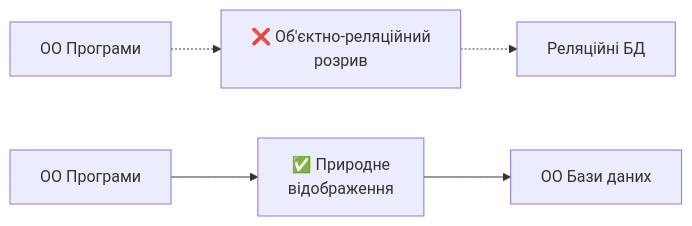
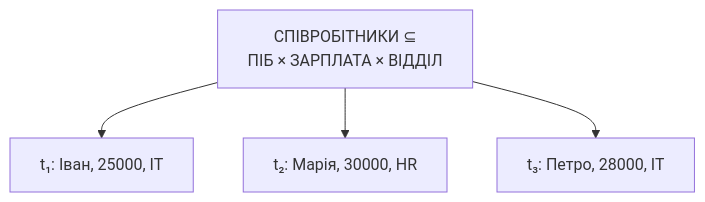
The first of 7 diagrams in presentations/presentation-03.md (olroi421/course-bd), drawn with Mermaid before and after one commit. The commit also changed other lines of this file and 7 other files, not shown here.

````diff
--- a/presentations/presentation-03.md
+++ b/presentations/presentation-03.md
@@ -174,8 +67,6 @@
 ```mermaid
-graph LR
-    A[ОО Програми] -.-> B[❌ Об'єктно-реляційний<br/>розрив]
-    B -.-> C[Реляційні БД]
-
-    D[ОО Програми] --> E[✅ Природне<br/>відображення]
-    E --> F[ОО Бази даних]
+graph TD
+    A[СПІВРОБІТНИКИ ⊆<br/>ПІБ × ЗАРПЛАТА × ВІДДІЛ] --> B[t₁: Іван, 25000, IT]
+    A --> C[t₂: Марія, 30000, HR]
+    A --> D[t₃: Петро, 28000, IT]
 ```
````
